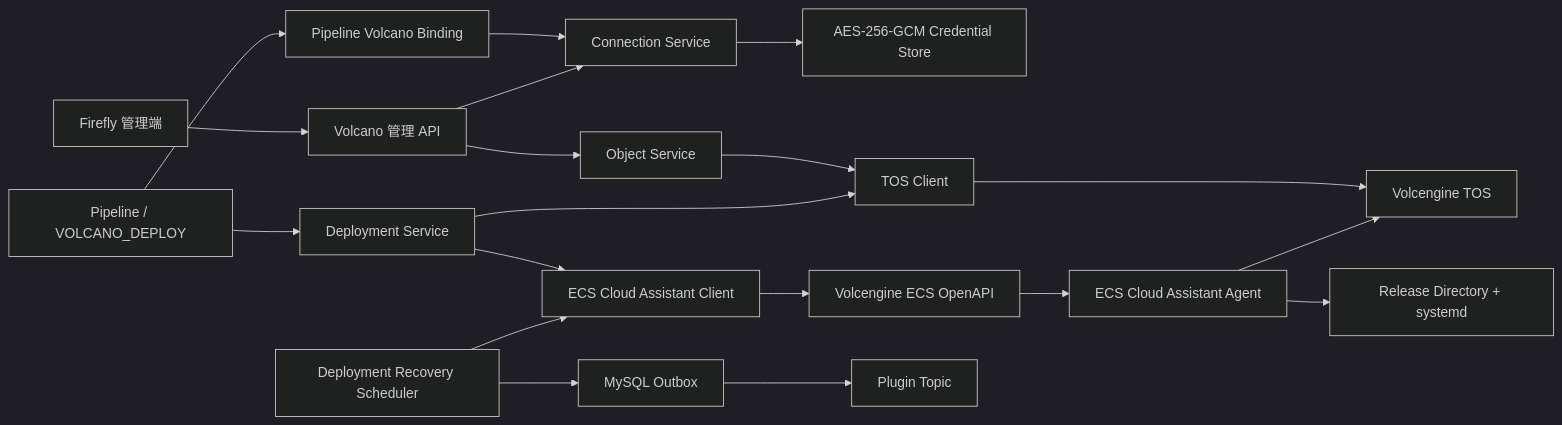
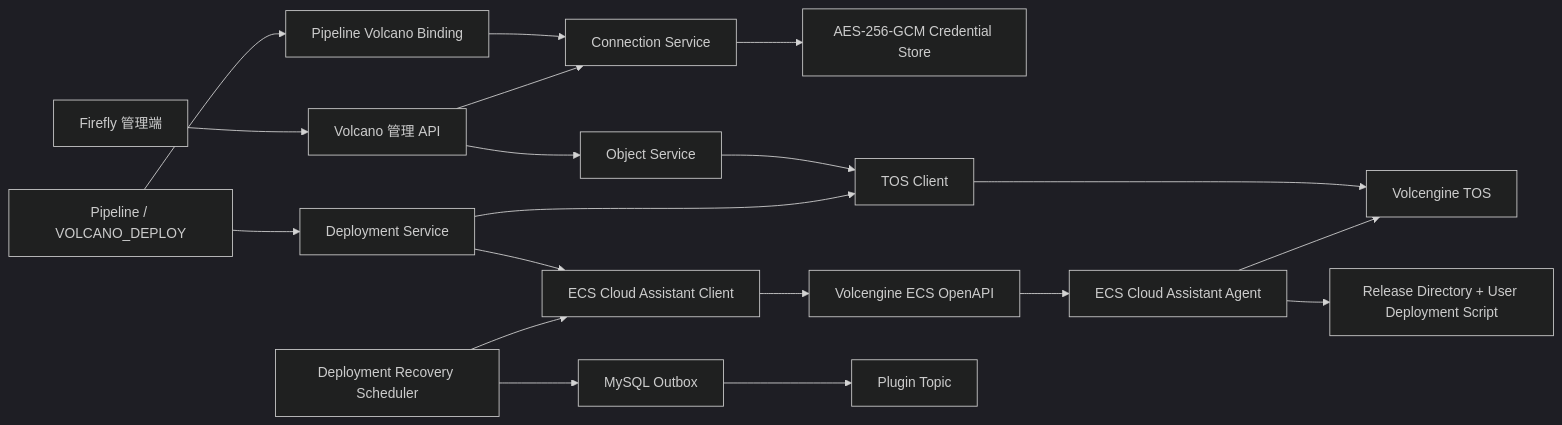
Before and after one commit to Zoujay/firefly: the first of 2 diagrams in docs/firefly-volcano-tech-design.md, drawn with Mermaid (dark theme). The commit also changed other lines of this file, not shown here.

Commit message:
docs: support user-defined Volcano deployment commands

````diff
--- a/docs/firefly-volcano-tech-design.md
+++ b/docs/firefly-volcano-tech-design.md
@@ -127,21 +146,21 @@
 ```mermaid
 flowchart LR
     UI["Firefly 管理端"] --> API["Volcano 管理 API"]
     PIPE["Pipeline / VOLCANO_DEPLOY"] --> DS["Deployment Service"]
     PIPE --> PBIND["Pipeline Volcano Binding"]
     PBIND --> CS
     API --> CS["Connection Service"]
     API --> OS["Object Service"]
     CS --> VAULT["AES-256-GCM Credential Store"]
     OS --> TOSC["TOS Client"]
     DS --> TOSC
     DS --> ECSC["ECS Cloud Assistant Client"]
     TOSC --> TOS["Volcengine TOS"]
     ECSC --> ECSAPI["Volcengine ECS OpenAPI"]
     ECSAPI --> AGENT["ECS Cloud Assistant Agent"]
     AGENT --> TOS
-    AGENT --> HOST["Release Directory + systemd"]
+    AGENT --> HOST["Release Directory + User Deployment Script"]
     REC["Deployment Recovery Scheduler"] --> ECSC
     REC --> OUTBOX["MySQL Outbox"]
     OUTBOX --> KAFKA["Plugin Topic"]
 ```
````
